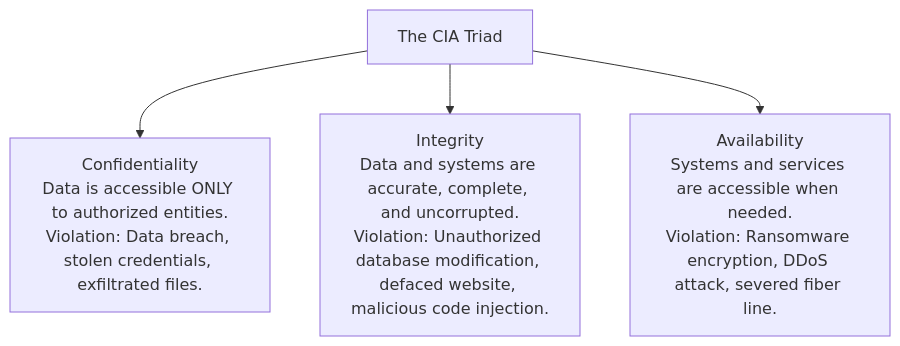
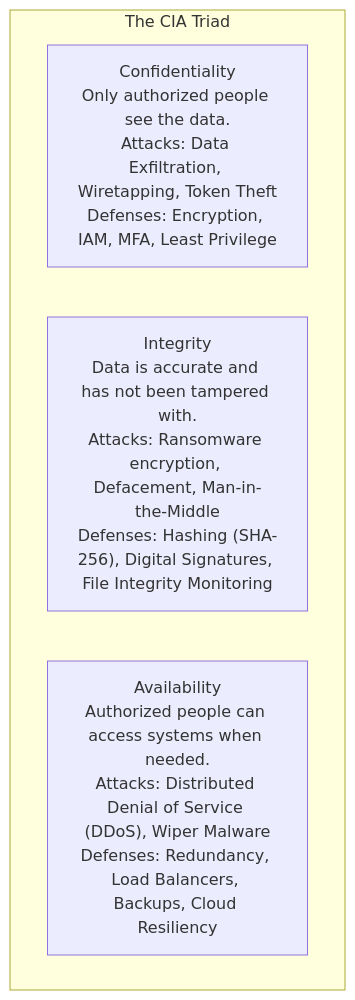
The first of 3 diagrams in SOC/01_Fundamentals/02_Cybersecurity_and_Threat_Landscape_Basics.md (varunks04/CBS-Roleplay), drawn with Mermaid before and after one commit. The commit also changed other lines of this file and 40 other files, not shown here.

````diff
--- a/SOC/01_Fundamentals/02_Cybersecurity_and_Threat_Landscape_Basics.md
+++ b/SOC/01_Fundamentals/02_Cybersecurity_and_Threat_Landscape_Basics.md
@@ -11,7 +21,8 @@
 ```mermaid
 graph TD
-    CIA["The CIA Triad"]
-    CIA --> C["Confidentiality<br>Data is accessible ONLY to authorized entities.<br>Violation: Data breach, stolen credentials, exfiltrated files."]
-    CIA --> I["Integrity<br>Data and systems are accurate, complete, and uncorrupted.<br>Violation: Unauthorized database modification, defaced website, malicious code injection."]
-    CIA --> A["Availability<br>Systems and services are accessible when needed.<br>Violation: Ransomware encryption, DDoS attack, severed fiber line."]
+    subgraph "The CIA Triad"
+        C["Confidentiality<br/>Only authorized people see the data.<br/>Attacks: Data Exfiltration, Wiretapping, Token Theft<br/>Defenses: Encryption, IAM, MFA, Least Privilege"]
+        I["Integrity<br/>Data is accurate and has not been tampered with.<br/>Attacks: Ransomware encryption, Defacement, Man-in-the-Middle<br/>Defenses: Hashing (SHA-256), Digital Signatures, File Integrity Monitoring"]
+        A["Availability<br/>Authorized people can access systems when needed.<br/>Attacks: Distributed Denial of Service (DDoS), Wiper Malware<br/>Defenses: Redundancy, Load Balancers, Backups, Cloud Resiliency"]
+    end
 ```
````
